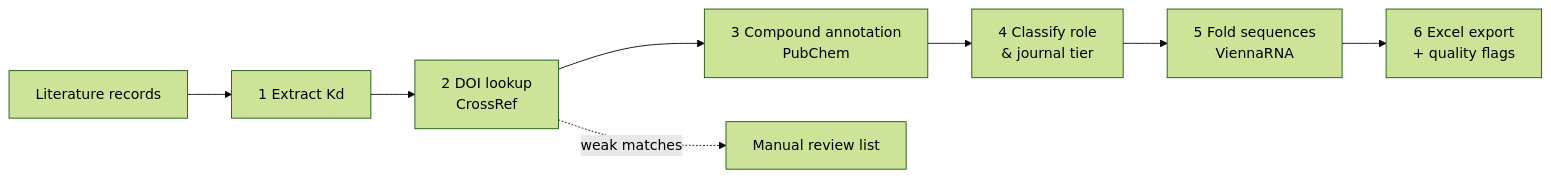
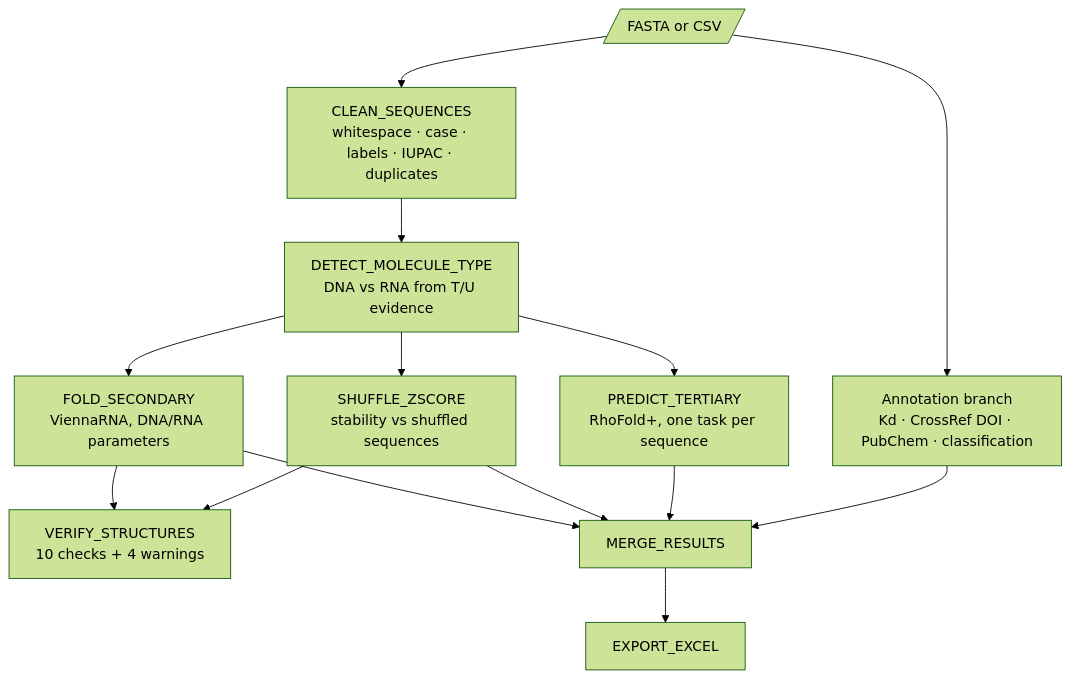
Before and after one commit to AditiG475/aptamer-curation-pipeline: the diagram in README.md, drawn with Mermaid (forest theme). The commit also changed other lines of this file and 6 other files, not shown here.

````diff
--- a/README.md
+++ b/README.md
@@ -24,10 +13,16 @@
 ```mermaid
-flowchart LR
-    A[Literature records] --> B[1 Extract Kd]
-    B --> C[2 DOI lookup<br/>CrossRef]
-    C --> D[3 Compound annotation<br/>PubChem]
-    D --> E[4 Classify role<br/>& journal tier]
-    E --> F[5 Fold sequences<br/>ViennaRNA]
-    F --> G[6 Excel export<br/>+ quality flags]
-    C -. weak matches .-> R[Manual review list]
+flowchart TD
+    IN[/FASTA or CSV/] --> C[CLEAN_SEQUENCES<br/>whitespace · case · labels · IUPAC · duplicates]
+    C --> T[DETECT_MOLECULE_TYPE<br/>DNA vs RNA from T/U evidence]
+    T --> S2[FOLD_SECONDARY<br/>ViennaRNA, DNA/RNA parameters]
+    T --> Z[SHUFFLE_ZSCORE<br/>stability vs shuffled sequences]
+    T --> S3[PREDICT_TERTIARY<br/>RhoFold+, one task per sequence]
+    S2 --> Q[VERIFY_STRUCTURES<br/>10 checks + 4 warnings]
+    Z --> Q
+    IN --> A[Annotation branch<br/>Kd · CrossRef DOI · PubChem · classification]
+    S2 --> M[MERGE_RESULTS]
+    Z --> M
+    S3 --> M
+    A --> M
+    M --> X[EXPORT_EXCEL]
 ```
````
